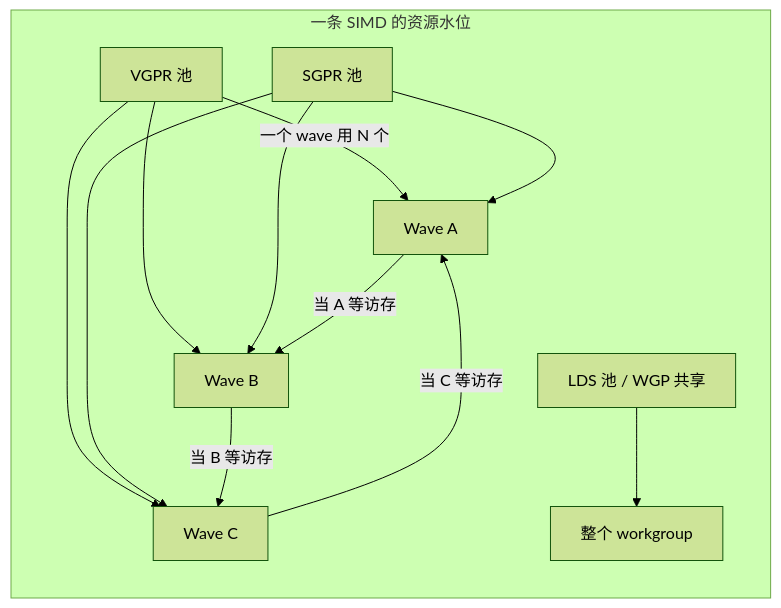
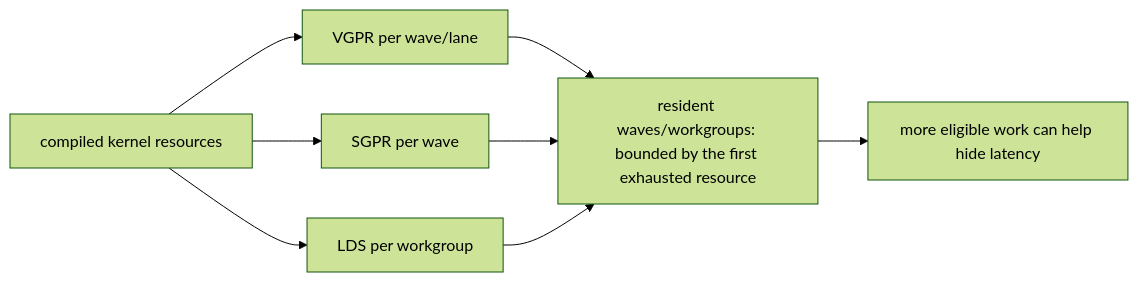
Before and after one commit to Weihong-Liu/hello-gpu: the fifth of 9 diagrams in docs/part0-intro/chapter2/index.md, drawn with Mermaid (forest theme). The commit also changed other lines of this file and 21 other files, not shown here.

````diff
--- a/docs/part0-intro/chapter2/index.md
+++ b/docs/part0-intro/chapter2/index.md
@@ -164,16 +166,10 @@
 ```mermaid
 flowchart LR
-    subgraph SIMD["一条 SIMD 的资源水位"]
-        direction TB
-        A[VGPR 池] -->|"一个 wave 用 N 个"| W1[Wave A]
-        A --> W2[Wave B]
-        A --> W3[Wave C]
-        S[SGPR 池] --> W1
-        S --> W2
-        S --> W3
-        L[LDS 池 / WGP 共享] --> WG[整个 workgroup]
-    end
-    W1 -->|当 A 等访存| W2
-    W2 -->|当 B 等访存| W3
-    W3 -->|当 C 等访存| W1
+    K[compiled kernel resources] --> V[VGPR per wave/lane]
+    K --> S[SGPR per wave]
+    K --> L[LDS per workgroup]
+    V --> R[resident waves/workgroups: bounded by the first exhausted resource]
+    S --> R
+    L --> R
+    R --> H[more eligible work can help hide latency]
 ```
````
